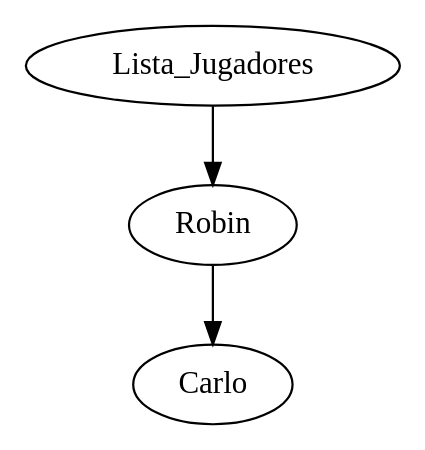
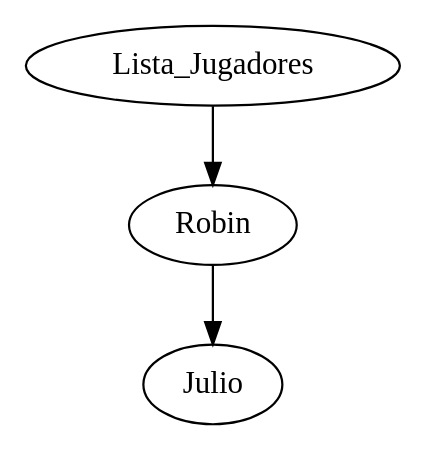
One commit to 201114387/Practica1s12015_201114387 changed the diagram in Jugadores.dot. Above: the diagram before and after it, drawn with Graphviz. The commit also changed 6 other files, not shown here.

```diff
--- a/Jugadores.dot
+++ b/Jugadores.dot
@@ -1,4 +1,4 @@
 digraph G{
 Lista_Jugadores->Robin
-Robin->Carlo
+Robin->Julio
 }
```
